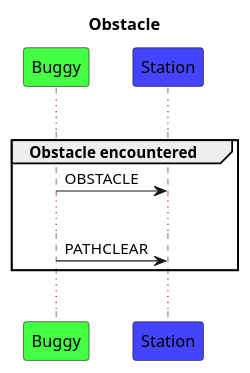
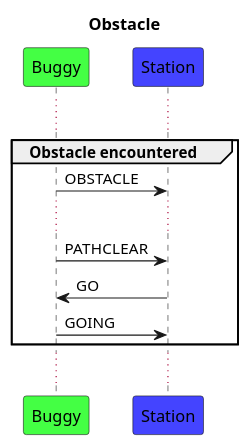
Before and after one commit to RobT00/BuggyDesignProjectTCD: the diagram in doc/Sequence diagrams/Obstacle.puml, drawn with PlantUML. The commit also changed 8 other files, not shown here.

```diff
--- a/doc/Sequence diagrams/Obstacle.puml
+++ b/doc/Sequence diagrams/Obstacle.puml
@@ -1,12 +1,14 @@
 @startuml
 title Obstacle
 participant Buggy as b #4f4
 participant Station as s #44f
 ...
 group Obstacle encountered
     b->s: OBSTACLE
     ...
     b->s: PATHCLEAR
+    b<-s: GO
+    b->s: GOING
 end
 ...
 @enduml
```
